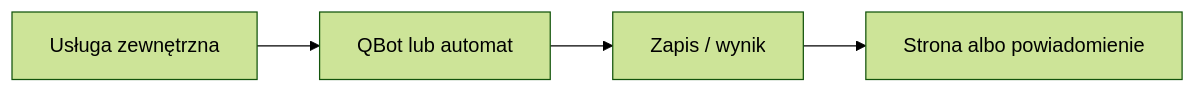
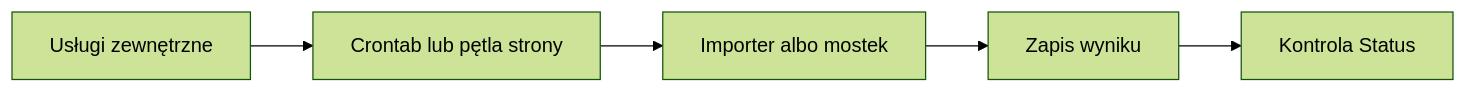
Before and after one commit to QbotMS/QbotQ: the diagram in docs/wiki/polaczenia/harmonogram-importow.md, drawn with Mermaid (forest theme). The commit also changed other lines of this file and 153 other files, not shown here.

````diff
--- a/docs/wiki/polaczenia/harmonogram-importow.md
+++ b/docs/wiki/polaczenia/harmonogram-importow.md
@@ -35,6 +43,7 @@
 ```mermaid
 flowchart LR
-  A[Usługa zewnętrzna] --> B[QBot lub automat]
-  B --> C[Zapis / wynik]
-  C --> D[Strona albo powiadomienie]
+  A[Usługi zewnętrzne] --> B[Crontab lub pętla strony]
+  B --> C[Importer albo mostek]
+  C --> D[Zapis wyniku]
+  D --> E[Kontrola Status]
 ```
````
